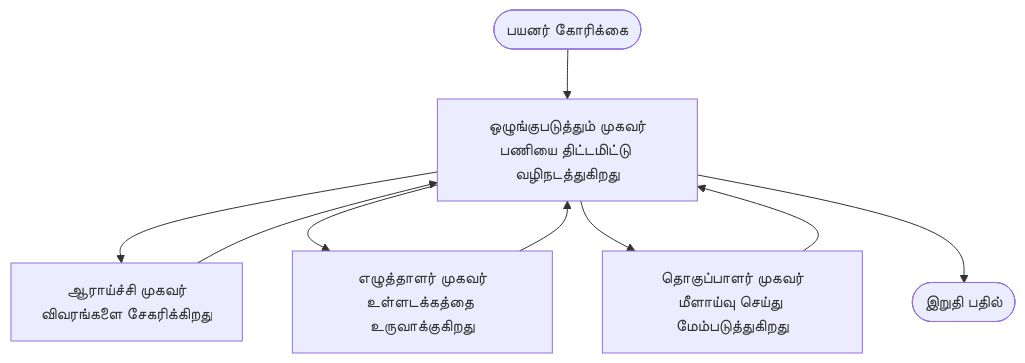
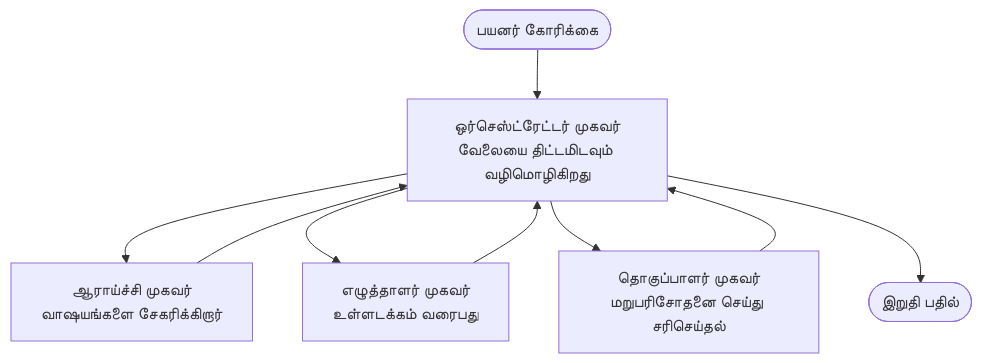
One commit to microsoft/AZD-for-beginners changed the diagram in translations/ta/docs/chapter-05-multi-agent/multi-agent-basics.md. Above: the diagram before and after it, drawn with Mermaid. The commit also changed other lines of this file and 61 other files, not shown here.

````diff
--- a/translations/ta/docs/chapter-05-multi-agent/multi-agent-basics.md
+++ b/translations/ta/docs/chapter-05-multi-agent/multi-agent-basics.md
@@ -43,11 +43,11 @@
 ```mermaid
 graph TD
-    User([பயனர் கோரிக்கை]) --> Orchestrator[ஒழுங்குபடுத்தும் முகவர்<br/>பணியை திட்டமிட்டு வழிநடத்துகிறது]
-    Orchestrator --> Researcher[ஆராய்ச்சி முகவர்<br/>விவரங்களை சேகரிக்கிறது]
-    Orchestrator --> Writer[எழுத்தாளர் முகவர்<br/>உள்ளடக்கத்தை உருவாக்குகிறது]
-    Orchestrator --> Editor[தொகுப்பாளர் முகவர்<br/>மீளாய்வு செய்து மேம்படுத்துகிறது]
+    User([பயனர் கோரிக்கை]) --> Orchestrator[ஒர்செஸ்ட்ரேட்டர் முகவர்<br/>வேலையை திட்டமிடவும் வழிமொழிகிறது]
+    Orchestrator --> Researcher[ஆராய்ச்சி முகவர்<br/>வாஷயங்களை சேகரிக்கிறார்]
+    Orchestrator --> Writer[எழுத்தாளர் முகவர்<br/>உள்ளடக்கம் வரைபது]
+    Orchestrator --> Editor[தொகுப்பாளர் முகவர்<br/>மறுபரிசோதனை செய்து சரிசெய்தல்]
     Researcher --> Orchestrator
     Writer --> Orchestrator
     Editor --> Orchestrator
     Orchestrator --> Result([இறுதி பதில்])
 ```
````
